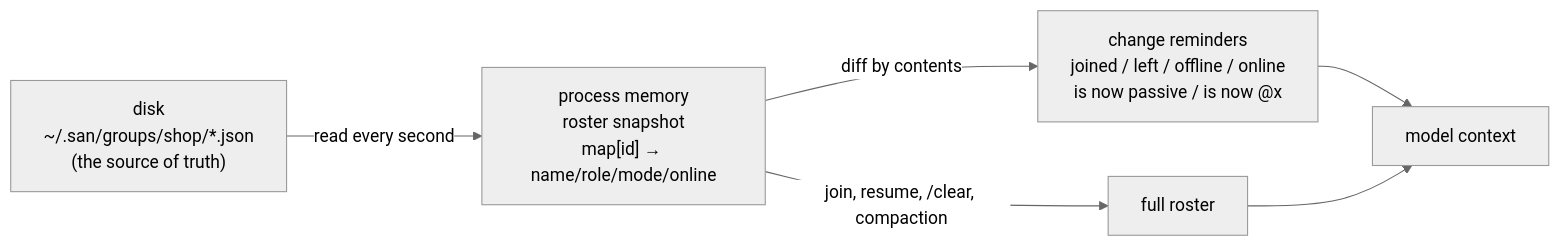
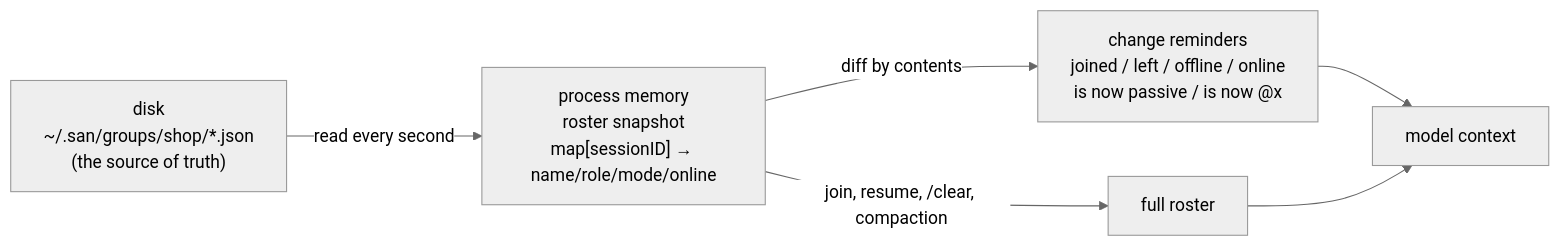
Before and after one commit to genai-io/san: the third of 5 diagrams in docs/design/proposals/0003-session-groups.md, drawn with Mermaid (neutral theme). The commit also changed other lines of this file and 1 other file, not shown here.

First line of the commit message:
docs(design): PROP-0003 — session ID as identity, email-style messages

````diff
--- a/docs/design/proposals/0003-session-groups.md
+++ b/docs/design/proposals/0003-session-groups.md
@@ -211,7 +220,7 @@
 ```mermaid
 flowchart LR
-    D["disk<br/>~/.san/groups/shop/*.json<br/>(the source of truth)"] -->|read every second| S["process memory<br/>roster snapshot<br/>map[id] → name/role/mode/online"]
+    D["disk<br/>~/.san/groups/shop/*.json<br/>(the source of truth)"] -->|read every second| S["process memory<br/>roster snapshot<br/>map[sessionID] → name/role/mode/online"]
     S -->|diff by contents| R["change reminders<br/>joined / left / offline / online<br/>is now passive / is now @x"]
     R --> M["model context"]
     S -->|join, resume, /clear, compaction| F["full roster"] --> M
 ```
````
